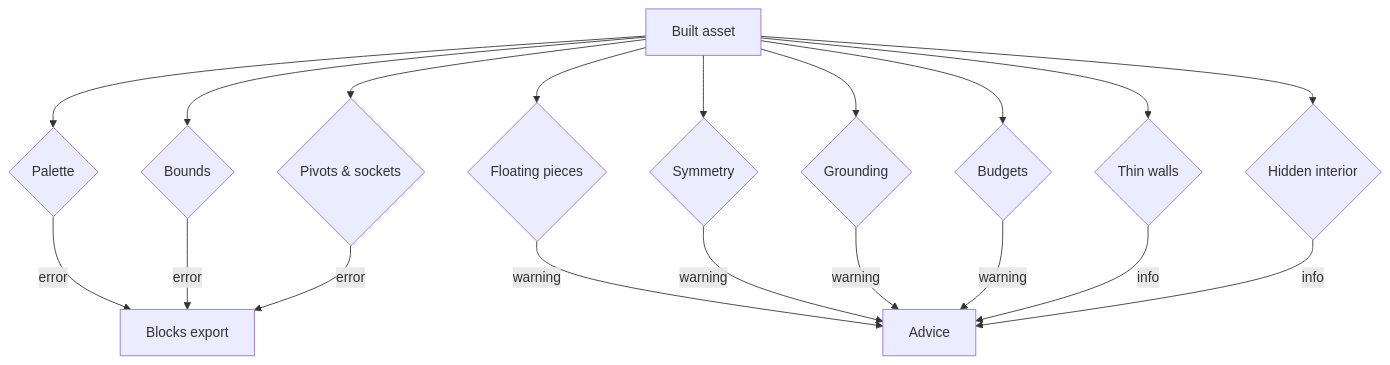
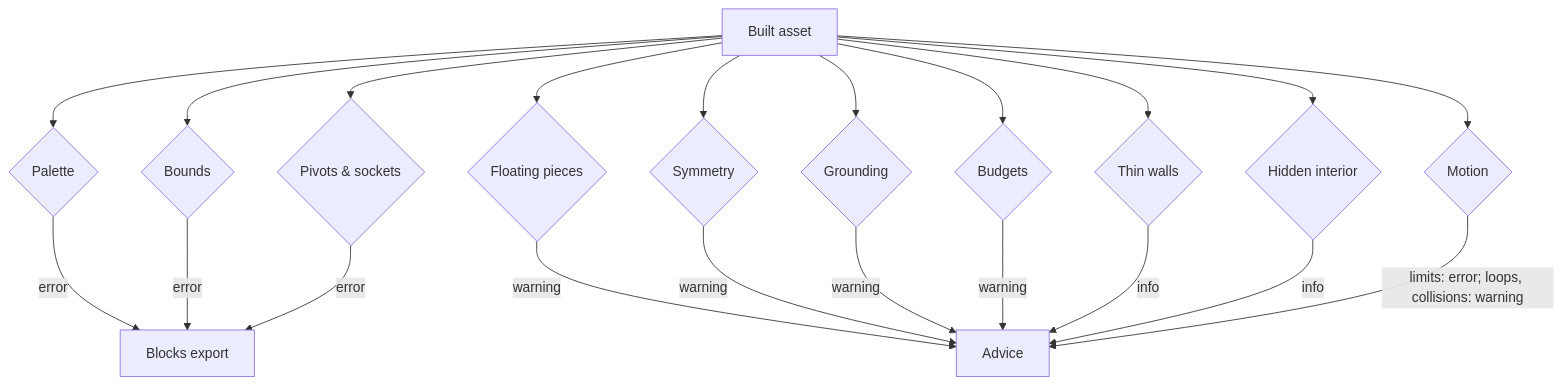
Before and after one commit to Kalcode/cubist-voxel: the fifth of 6 diagrams in docs/how-it-works.md, drawn with Mermaid. The commit also changed other lines of this file and 8 other files, not shown here.

````diff
--- a/docs/how-it-works.md
+++ b/docs/how-it-works.md
@@ -134,15 +157,17 @@
 ```mermaid
 flowchart TD
     asset[Built asset] --> palette{Palette}
     asset --> bounds{Bounds}
     asset --> pivots{Pivots & sockets}
     asset --> floating{Floating pieces}
     asset --> symmetry{Symmetry}
     asset --> grounding{Grounding}
     asset --> budgets{Budgets}
     asset --> thin{Thin walls}
     asset --> hidden{Hidden interior}
+    asset --> motion{Motion}
     palette & bounds & pivots -->|error| block[Blocks export]
     floating & symmetry & grounding & budgets -->|warning| advice[Advice]
     thin & hidden -->|info| advice
+    motion -->|limits: error; loops, collisions: warning| advice
 ```
````
